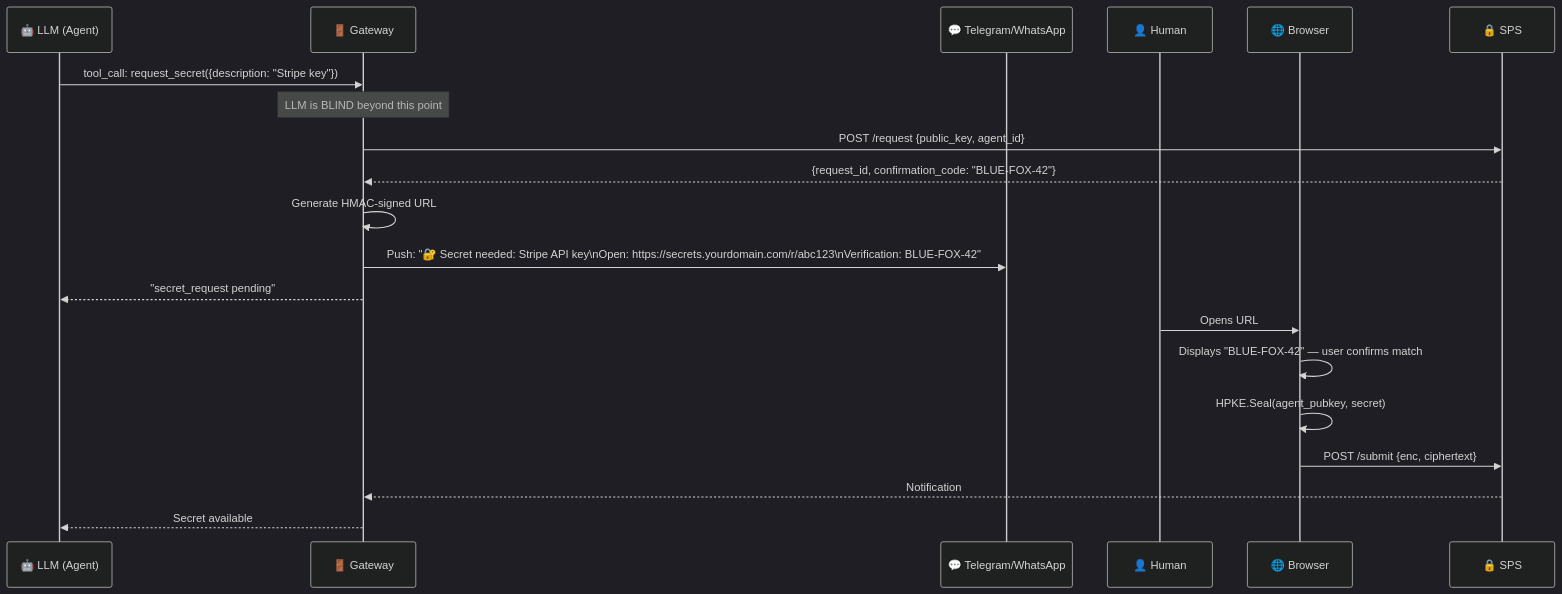
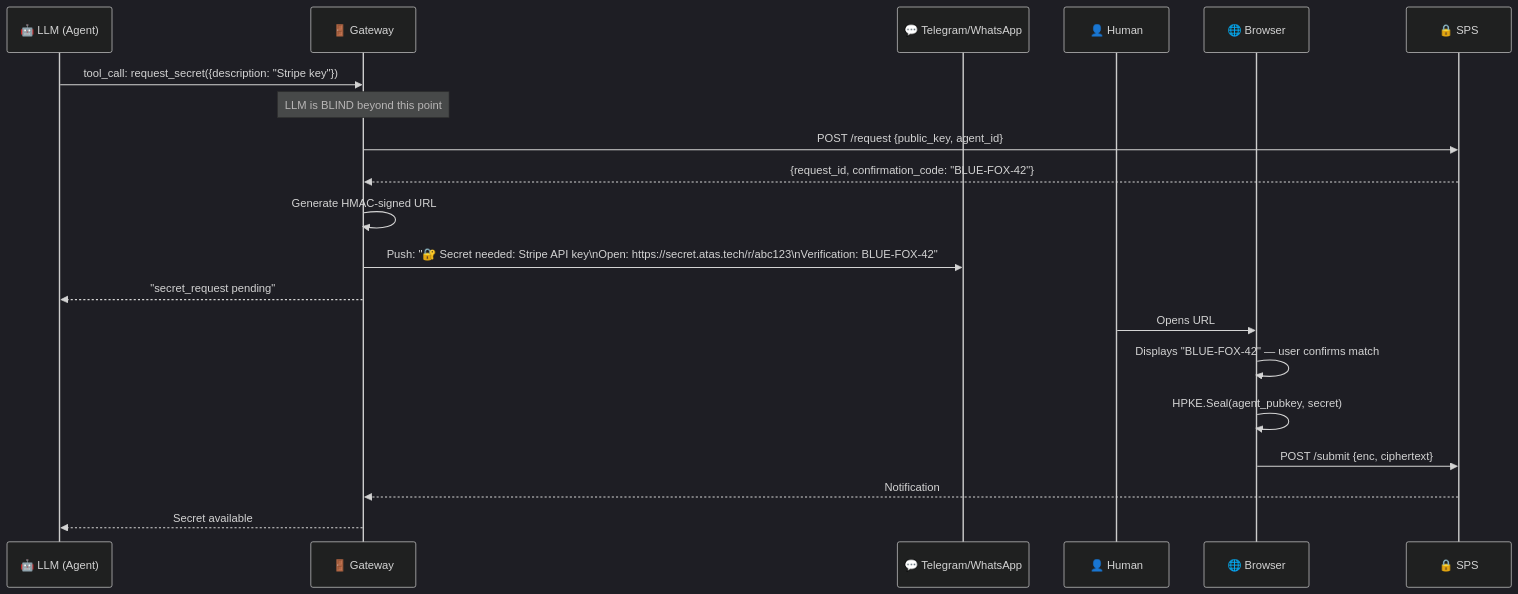
Before and after one commit to atas-tech/agent-kryptos: the third of 3 diagrams in docs/architecture/Brainstorm Secure Secret System.md, drawn with Mermaid (dark theme). The commit also changed other lines of this file, not shown here.

Commit message:
docs(architecture): clarify hosted phase 3 boundaries

````diff
--- a/docs/architecture/Brainstorm Secure Secret System.md
+++ b/docs/architecture/Brainstorm Secure Secret System.md
@@ -91,23 +91,23 @@
 ```mermaid
 sequenceDiagram
     participant LLM as 🤖 LLM (Agent)
     participant GW as 🚪 Gateway
     participant Chat as 💬 Telegram/WhatsApp
     participant User as 👤 Human
     participant Browser as 🌐 Browser
     participant SPS as 🔒 SPS
 
     LLM->>GW: tool_call: request_secret({description: "Stripe key"})
     Note over GW: LLM is BLIND beyond this point
     GW->>SPS: POST /request {public_key, agent_id}
     SPS-->>GW: {request_id, confirmation_code: "BLUE-FOX-42"}
     GW->>GW: Generate HMAC-signed URL
-    GW->>Chat: Push: "🔐 Secret needed: Stripe API key\nOpen: https://secrets.yourdomain.com/r/abc123\nVerification: BLUE-FOX-42"
+    GW->>Chat: Push: "🔐 Secret needed: Stripe API key\nOpen: https://secret.atas.tech/r/abc123\nVerification: BLUE-FOX-42"
     GW-->>LLM: "secret_request pending"
     User->>Browser: Opens URL
     Browser->>Browser: Displays "BLUE-FOX-42" — user confirms match
     Browser->>Browser: HPKE.Seal(agent_pubkey, secret)
     Browser->>SPS: POST /submit {enc, ciphertext}
     SPS-->>GW: Notification
     GW-->>LLM: Secret available
 ```
````
